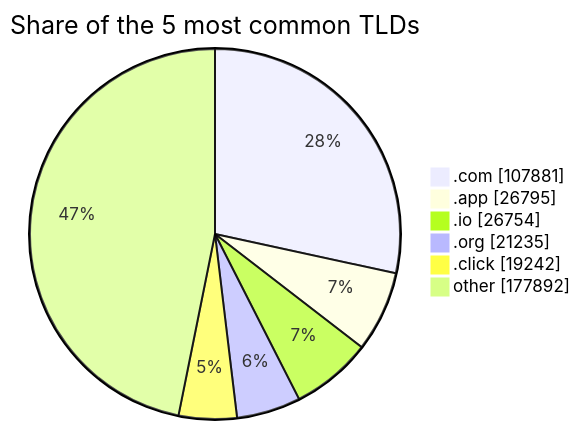
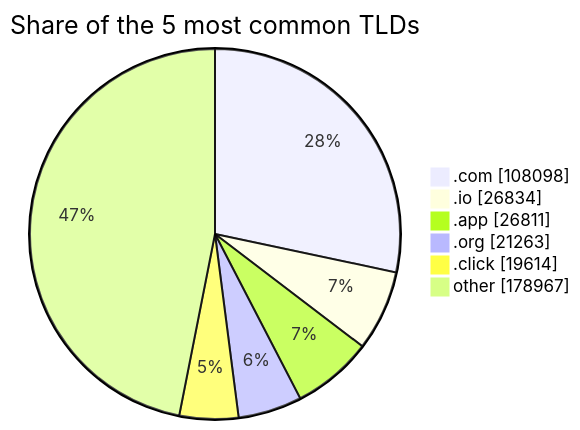
One commit to DNSBunker/CTI changed the third of 3 diagrams in README.md. Above: the diagram before and after it, drawn with Mermaid. The commit also changed other lines of this file and 3 other files, not shown here.

````diff
--- a/README.md
+++ b/README.md
@@ -81,9 +81,9 @@
 ```mermaid
 pie showData title Share of the 5 most common TLDs
-    ".com" : 107881
-    ".app" : 26795
-    ".io" : 26754
-    ".org" : 21235
-    ".click" : 19242
-    "other" : 177892
+    ".com" : 108098
+    ".io" : 26834
+    ".app" : 26811
+    ".org" : 21263
+    ".click" : 19614
+    "other" : 178967
 ```
````
